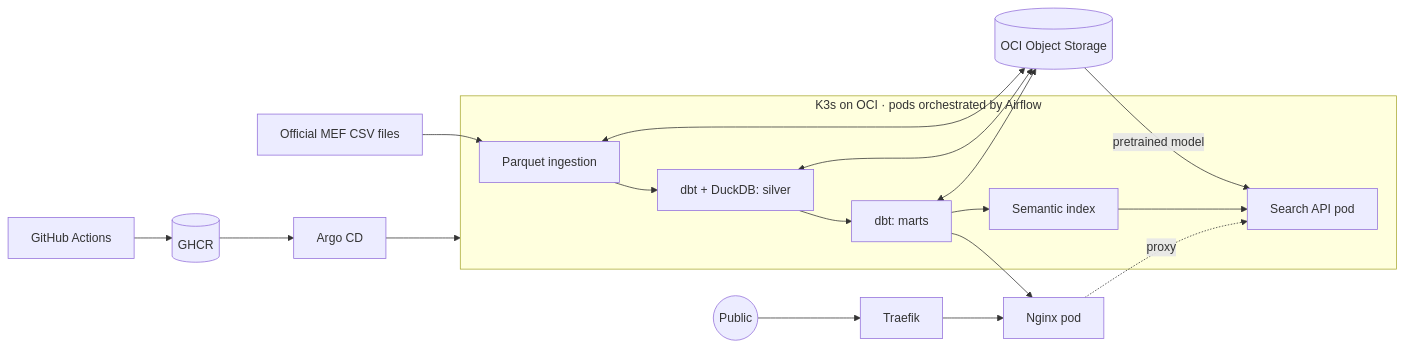
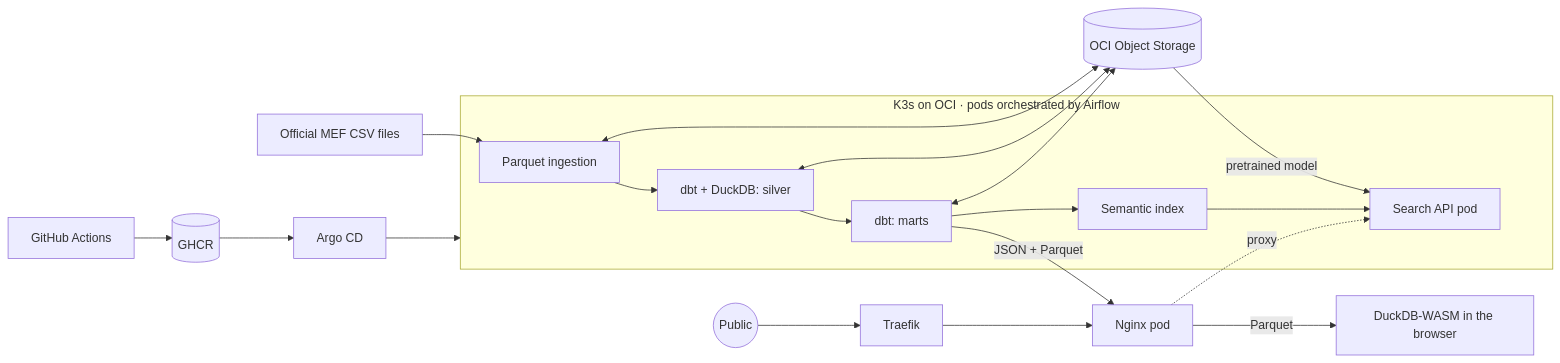
The diagram in README.md (RenzoAL7/peru-budget-data-platform), drawn with Mermaid before and after one commit. The commit also changed other lines of this file and 19 other files, not shown here.

First line of the commit message:
Agrega la consola SQL con DuckDB-WASM y el nuevo diseño del sitio

````diff
--- a/README.md
+++ b/README.md
@@ -26,18 +27,19 @@
 ```mermaid
 flowchart LR
     MEF[Official MEF CSV files] --> Bronze
     subgraph k3s[K3s on OCI · pods orchestrated by Airflow]
       Bronze[Parquet ingestion] --> Silver[dbt + DuckDB: silver]
       Silver --> Gold[dbt: marts]
       Gold --> Index[Semantic index]
       Search[Search API pod]
     end
     Bronze & Silver & Gold <--> OCI[(OCI Object Storage)]
     OCI -- pretrained model --> Search
     Index --> Search
-    Gold --> Site[Nginx pod]
+    Gold -- JSON + Parquet --> Site[Nginx pod]
+    Site -- Parquet --> Browser[DuckDB-WASM in the browser]
     Site -. proxy .-> Search
     User((Public)) --> Traefik --> Site
     Git[GitHub Actions] --> GHCR[(GHCR)]
     GHCR --> Argo[Argo CD] --> k3s
 ```
````
